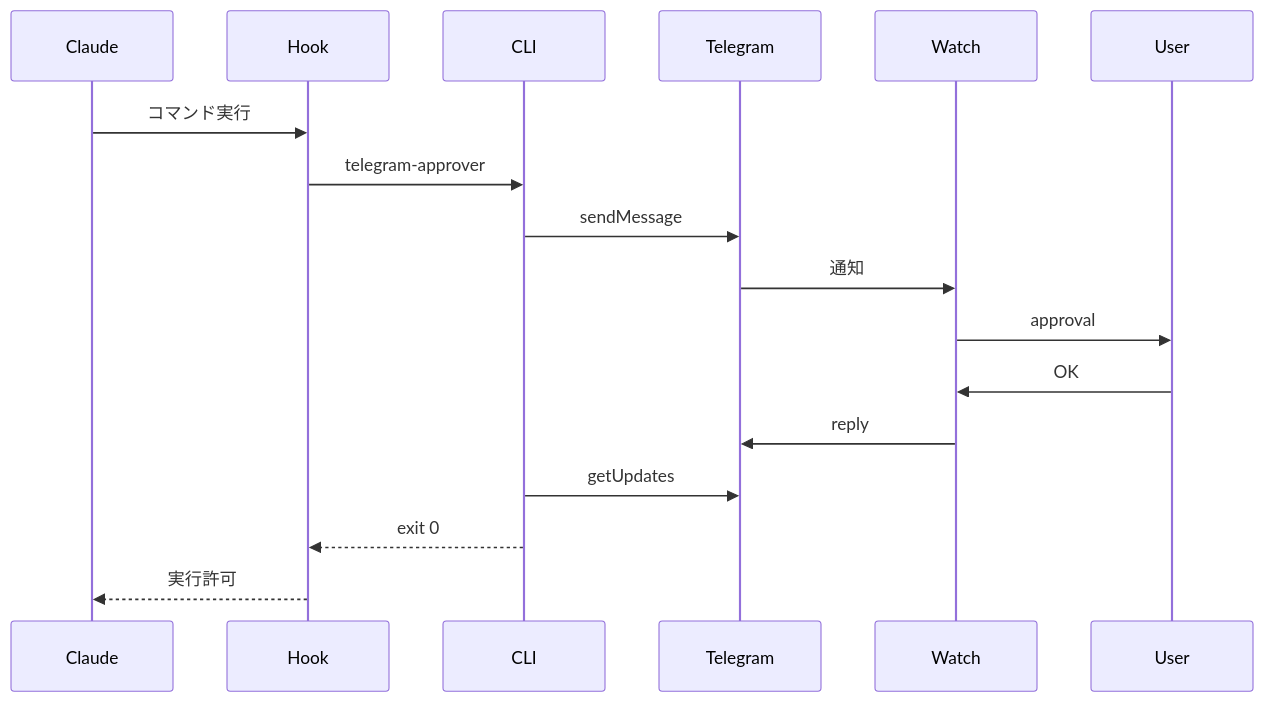
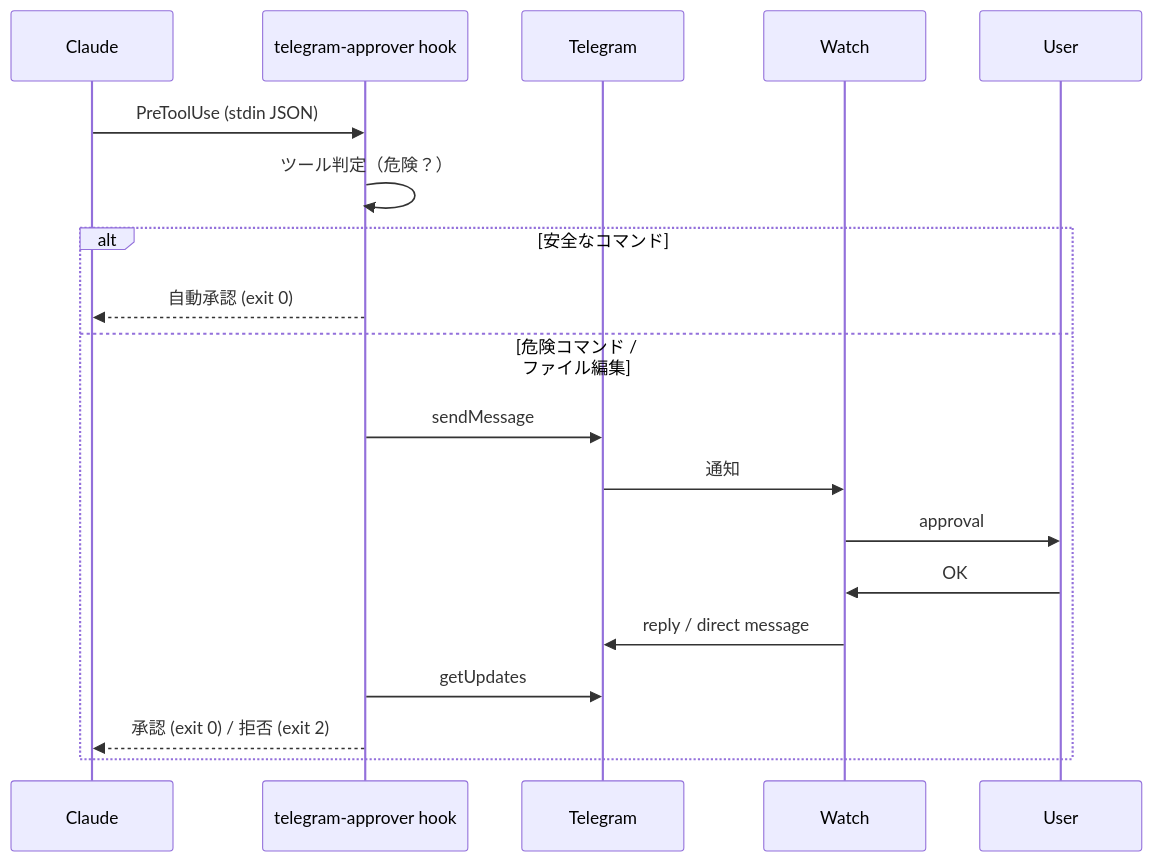
The diagram in README.md (motty93/telegram-approver), drawn with Mermaid before and after one commit. The commit also changed other lines of this file and 2 other files, not shown here.

````diff
--- a/README.md
+++ b/README.md
@@ -25,20 +25,22 @@
 ```mermaid
 sequenceDiagram
     participant Claude
-    participant Hook
-    participant CLI
+    participant Approver as telegram-approver hook
     participant Telegram
     participant Watch
     participant User
 
-    Claude->>Hook: コマンド実行
-    Hook->>CLI: telegram-approver
-    CLI->>Telegram: sendMessage
-    Telegram->>Watch: 通知
-    Watch->>User: approval
-    User->>Watch: OK
-    Watch->>Telegram: reply
-    CLI->>Telegram: getUpdates
-    CLI-->>Hook: exit 0
-    Hook-->>Claude: 実行許可
+    Claude->>Approver: PreToolUse (stdin JSON)
+    Approver->>Approver: ツール判定（危険？）
+    alt 安全なコマンド
+        Approver-->>Claude: 自動承認 (exit 0)
+    else 危険コマンド / ファイル編集
+        Approver->>Telegram: sendMessage
+        Telegram->>Watch: 通知
+        Watch->>User: approval
+        User->>Watch: OK
+        Watch->>Telegram: reply / direct message
+        Approver->>Telegram: getUpdates
+        Approver-->>Claude: 承認 (exit 0) / 拒否 (exit 2)
+    end
 ```
````
